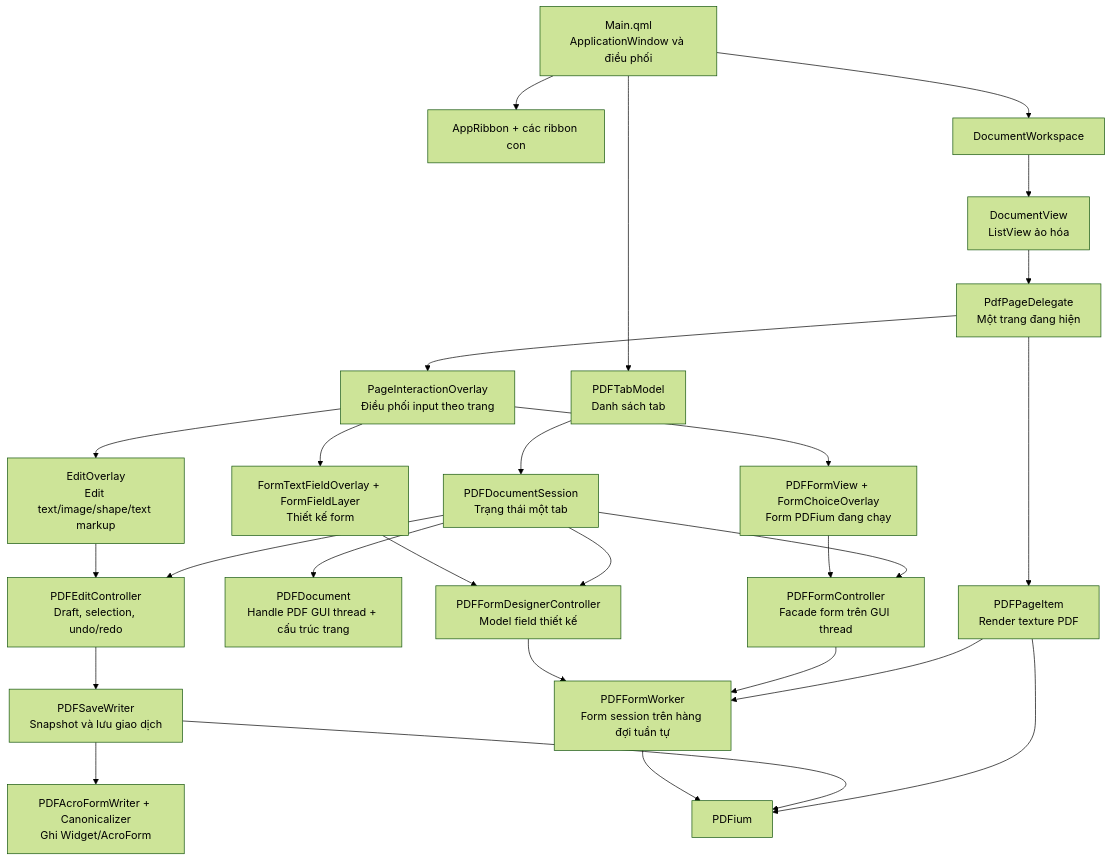
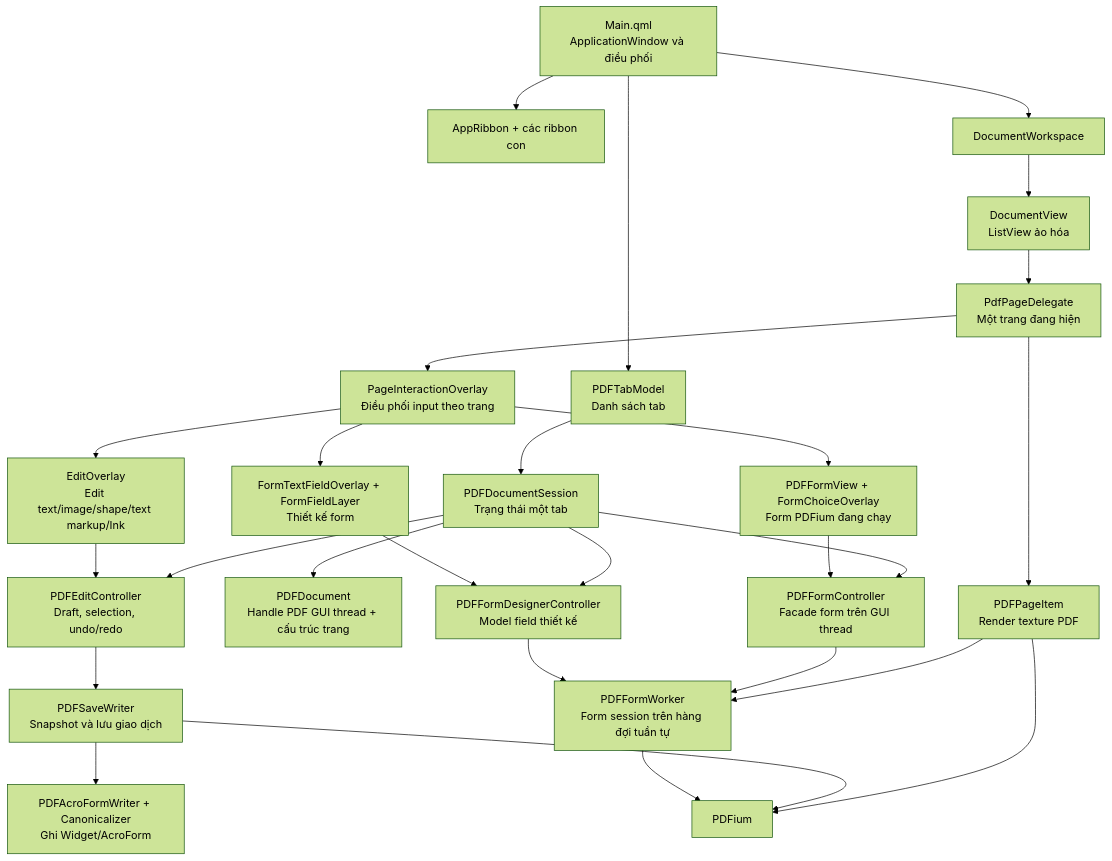
One commit to RaymondHuy/TrePDF changed the diagram in docs/source-file-map.md. Above: the diagram before and after it, drawn with Mermaid (forest theme). The commit also changed other lines of this file and 19 other files, not shown here.

````diff
--- a/docs/source-file-map.md
+++ b/docs/source-file-map.md
@@ -25,50 +25,50 @@
 ```mermaid
 flowchart TD
     Main["Main.qml\nApplicationWindow và điều phối"]
     Ribbon["AppRibbon + các ribbon con"]
     Tabs["PDFTabModel\nDanh sách tab"]
     Session["PDFDocumentSession\nTrạng thái một tab"]
     Workspace["DocumentWorkspace"]
     View["DocumentView\nListView ảo hóa"]
     Delegate["PdfPageDelegate\nMột trang đang hiện"]
     PageItem["PDFPageItem\nRender texture PDF"]
     Interaction["PageInteractionOverlay\nĐiều phối input theo trang"]
-    EditOverlay["EditOverlay\nEdit text/image/shape/text markup"]
+    EditOverlay["EditOverlay\nEdit text/image/shape/text markup/Ink"]
     FormView["PDFFormView + FormChoiceOverlay\nForm PDFium đang chạy"]
     Designer["FormTextFieldOverlay + FormFieldLayer\nThiết kế form"]
     Document["PDFDocument\nHandle PDF GUI thread + cấu trúc trang"]
     Edit["PDFEditController\nDraft, selection, undo/redo"]
     Form["PDFFormController\nFacade form trên GUI thread"]
     FormDesigner["PDFFormDesignerController\nModel field thiết kế"]
     Worker["PDFFormWorker\nForm session trên hàng đợi tuần tự"]
     Save["PDFSaveWriter\nSnapshot và lưu giao dịch"]
     Acro["PDFAcroFormWriter + Canonicalizer\nGhi Widget/AcroForm"]
     Pdfium["PDFium"]
 
     Main --> Ribbon
     Main --> Tabs
     Tabs --> Session
     Main --> Workspace
     Workspace --> View
     View --> Delegate
     Delegate --> PageItem
     Delegate --> Interaction
     Interaction --> EditOverlay
     Interaction --> FormView
     Interaction --> Designer
     Session --> Document
     Session --> Edit
     Session --> Form
     Session --> FormDesigner
     PageItem --> Worker
     PageItem --> Pdfium
     EditOverlay --> Edit
     FormView --> Form
     Form --> Worker
     Designer --> FormDesigner
     FormDesigner --> Worker
     Edit --> Save
     Save --> Acro
     Save --> Pdfium
     Worker --> Pdfium
 ```
````
